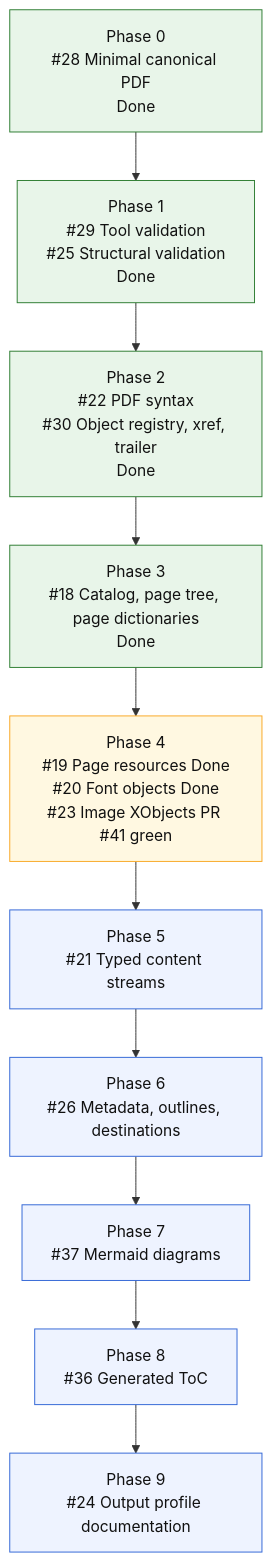
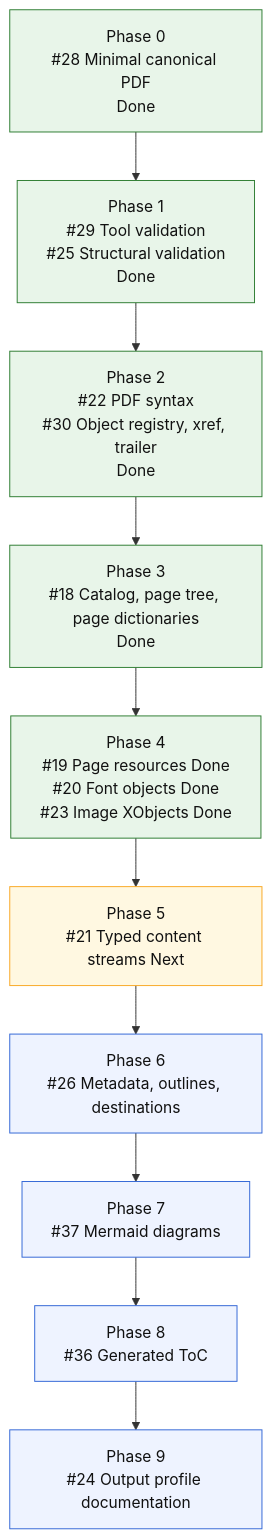
Before and after one commit to mihaelamj/MarkdownPDF: the diagram in README.md, drawn with Mermaid.

Commit message:
docs(readme): mark image xobjects done

````diff
--- a/README.md
+++ b/README.md
@@ -126,22 +126,22 @@
 ```mermaid
 flowchart TD
     P0["Phase 0<br/>#28 Minimal canonical PDF<br/>Done"]
     P1["Phase 1<br/>#29 Tool validation<br/>#25 Structural validation<br/>Done"]
     P2["Phase 2<br/>#22 PDF syntax<br/>#30 Object registry, xref, trailer<br/>Done"]
     P3["Phase 3<br/>#18 Catalog, page tree, page dictionaries<br/>Done"]
-    P4["Phase 4<br/>#19 Page resources Done<br/>#20 Font objects Done<br/>#23 Image XObjects PR #41 green"]
-    P5["Phase 5<br/>#21 Typed content streams"]
+    P4["Phase 4<br/>#19 Page resources Done<br/>#20 Font objects Done<br/>#23 Image XObjects Done"]
+    P5["Phase 5<br/>#21 Typed content streams Next"]
     P6["Phase 6<br/>#26 Metadata, outlines, destinations"]
     P7["Phase 7<br/>#37 Mermaid diagrams"]
     P8["Phase 8<br/>#36 Generated ToC"]
     P9["Phase 9<br/>#24 Output profile documentation"]
 
     P0 --> P1 --> P2 --> P3 --> P4 --> P5 --> P6 --> P7 --> P8 --> P9
 
     classDef done fill:#e8f5e9,stroke:#2e7d32,color:#111;
     classDef next fill:#fff8e1,stroke:#f9a825,color:#111;
     classDef todo fill:#eef3ff,stroke:#3367d6,color:#111;
-    class P0,P1,P2,P3 done;
-    class P4 next;
-    class P5,P6,P7,P8,P9 todo;
+    class P0,P1,P2,P3,P4 done;
+    class P5 next;
+    class P6,P7,P8,P9 todo;
 ```
````
